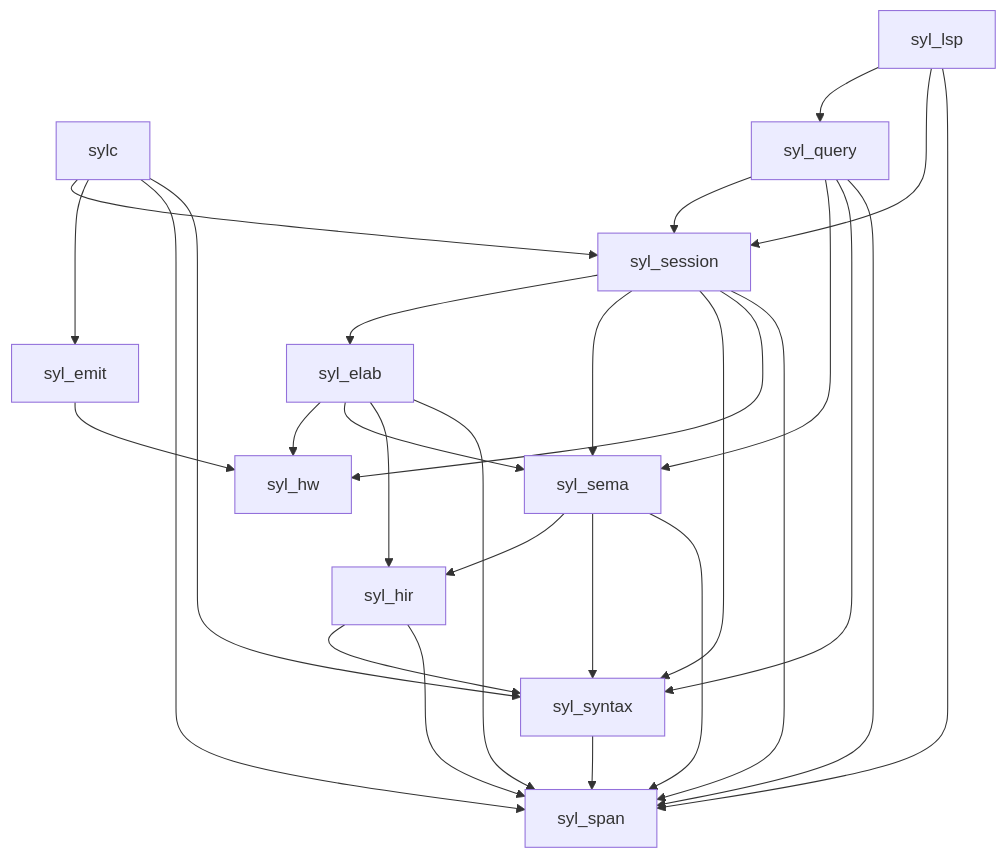
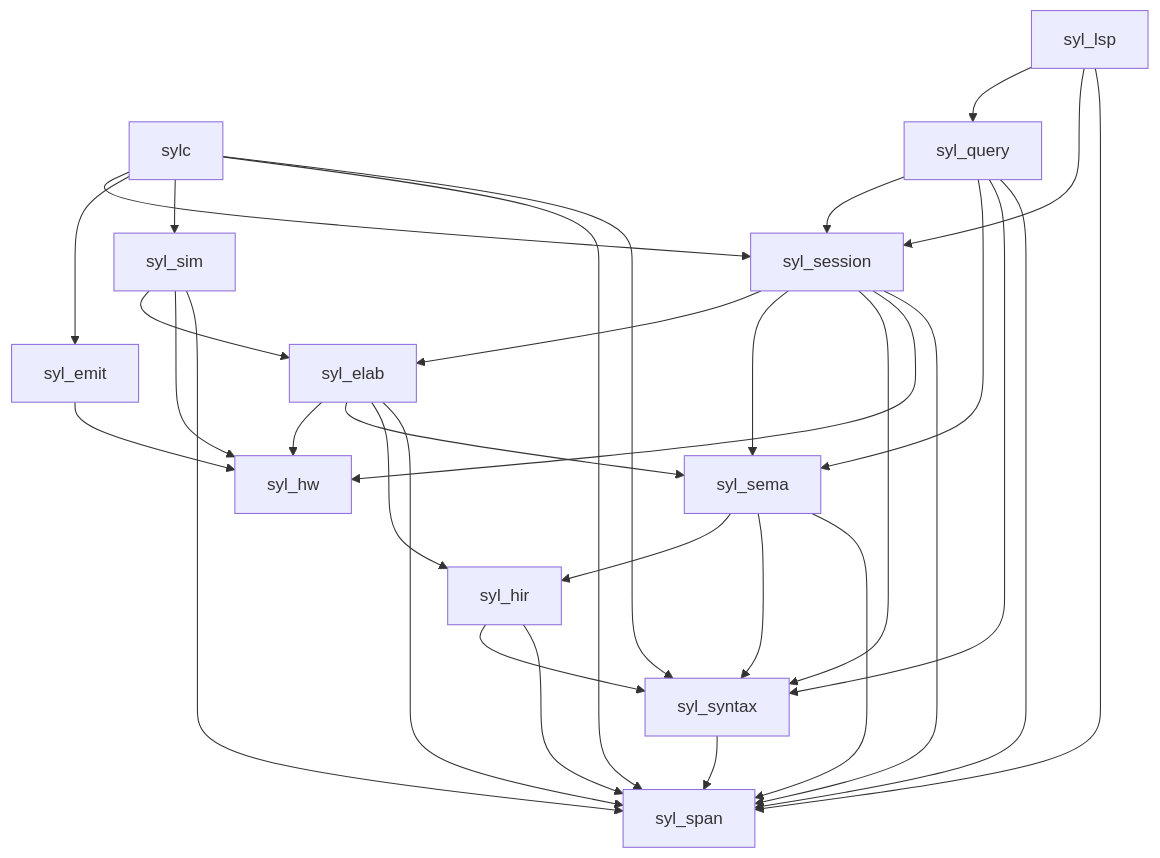
One commit to syllang/docs changed the diagram in docs/explanation/repository-map.mdx. Above: the diagram before and after it, drawn with Mermaid. The commit also changed other lines of this file and 25 other files, not shown here.

````diff
--- a/docs/explanation/repository-map.mdx
+++ b/docs/explanation/repository-map.mdx
@@ -69,38 +70,42 @@
 ```mermaid
 flowchart TB
     sylc --> syl_session
     sylc --> syl_emit
+    sylc --> syl_sim
+    syl_sim --> syl_elab
+    syl_sim --> syl_hw
+    syl_sim --> syl_span
     sylc --> syl_span
     sylc --> syl_syntax
 
     syl_lsp --> syl_query
     syl_lsp --> syl_session
     syl_lsp --> syl_span
 
     syl_query --> syl_session
     syl_query --> syl_sema
     syl_query --> syl_syntax
     syl_query --> syl_span
 
     syl_session --> syl_elab
     syl_session --> syl_sema
     syl_session --> syl_syntax
     syl_session --> syl_hw
     syl_session --> syl_span
 
     syl_elab --> syl_hw
     syl_elab --> syl_sema
     syl_elab --> syl_hir
     syl_elab --> syl_span
 
     syl_emit --> syl_hw
 
     syl_sema --> syl_hir
     syl_sema --> syl_syntax
     syl_sema --> syl_span
 
     syl_hir --> syl_syntax
     syl_hir --> syl_span
 
     syl_syntax --> syl_span
 ```
````
